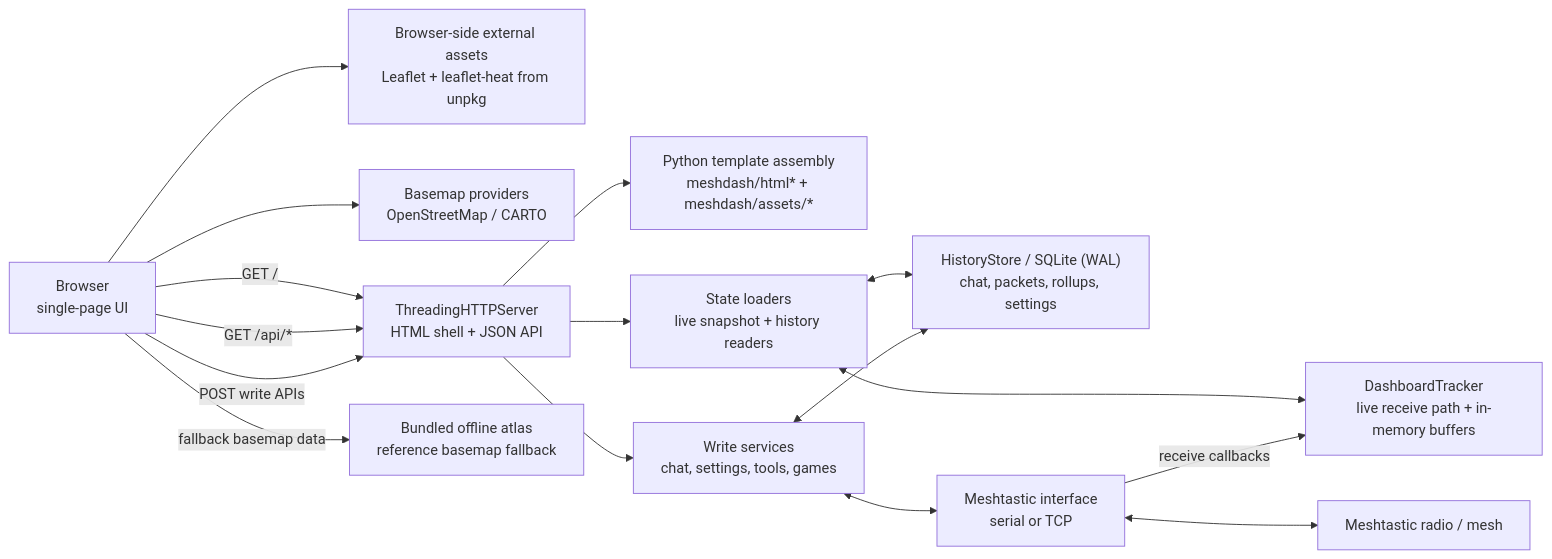
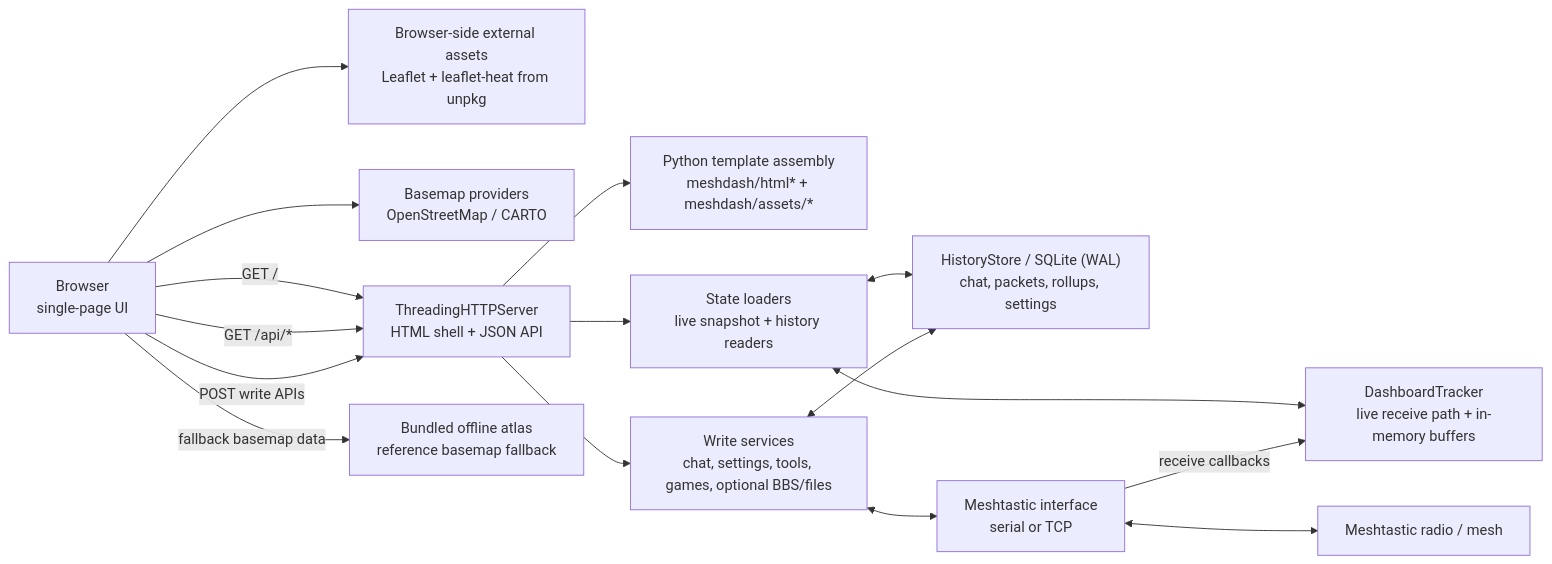
The diagram in README.md (NordicDevelopment-org/NDI_Meshface), drawn with Mermaid before and after one commit. The commit also changed other lines of this file and 3 other files, not shown here.

````diff
--- a/README.md
+++ b/README.md
@@ -38,31 +42,31 @@
 ```mermaid
 flowchart LR
   Browser["Browser<br/>single-page UI"]
   CDN["Browser-side external assets<br/>Leaflet + leaflet-heat from unpkg"]
   Tiles["Basemap providers<br/>OpenStreetMap / CARTO"]
   Server["ThreadingHTTPServer<br/>HTML shell + JSON API"]
   Assets["Python template assembly<br/>meshdash/html* + meshdash/assets/*"]
   State["State loaders<br/>live snapshot + history readers"]
-  Services["Write services<br/>chat, settings, tools, games"]
+  Services["Write services<br/>chat, settings, tools, games, optional BBS/files"]
   Tracker["DashboardTracker<br/>live receive path + in-memory buffers"]
   History["HistoryStore / SQLite (WAL)<br/>chat, packets, rollups, settings"]
   Radio["Meshtastic interface<br/>serial or TCP"]
   Mesh["Meshtastic radio / mesh"]
   Atlas["Bundled offline atlas<br/>reference basemap fallback"]
 
   Browser -->|GET /| Server
   Browser -->|GET /api/*| Server
   Browser -->|POST write APIs| Server
   Browser --> CDN
   Browser --> Tiles
   Browser -->|fallback basemap data| Atlas
   Server --> Assets
   Server --> State
   Server --> Services
   State <--> Tracker
   State <--> History
   Services <--> History
   Services <--> Radio
   Radio <--> Mesh
   Radio -->|receive callbacks| Tracker
 ```
````
